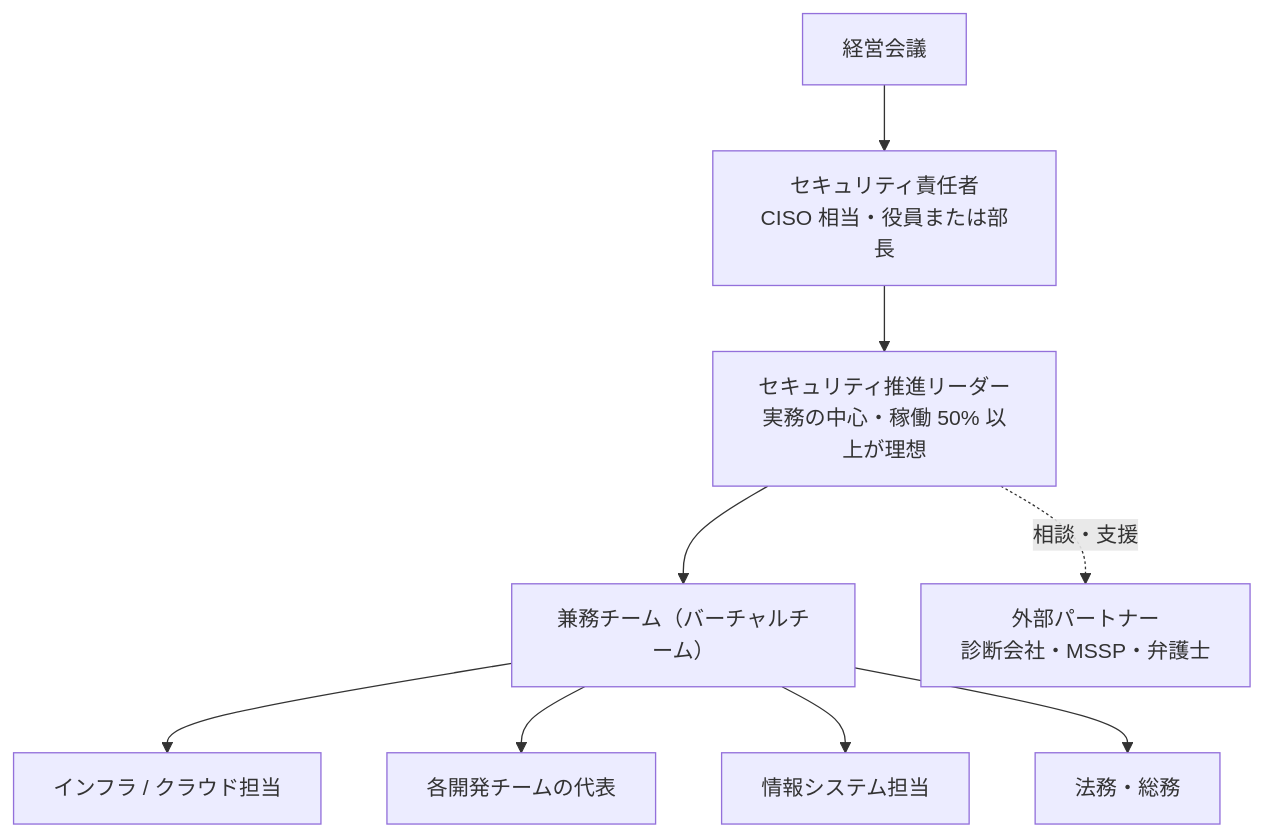
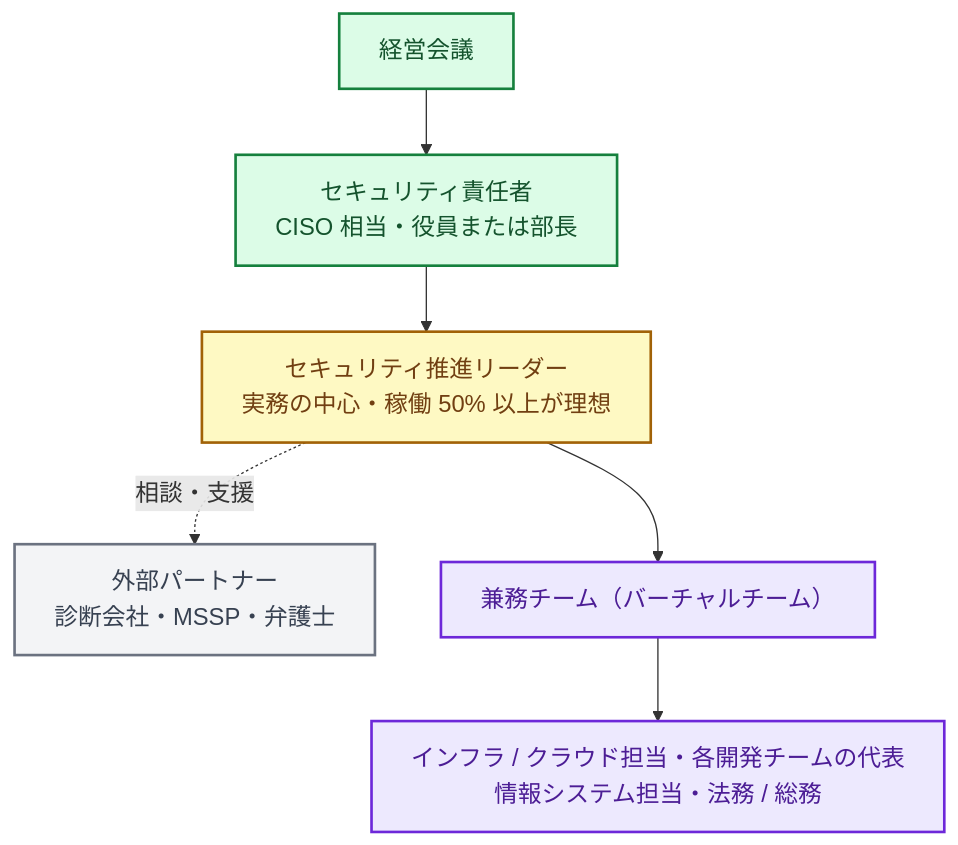
The diagram in books/security-roadmap-ja/12-organization.md (rkawajiri/zenn-content), drawn with Mermaid before and after one commit. The commit also changed 9 other files, not shown here.

First line of the commit message:
redraw diagrams vertically with larger text and a consistent color palette; split tool-map and final-state diagrams

````diff
--- a/books/security-roadmap-ja/12-organization.md
+++ b/books/security-roadmap-ja/12-organization.md
@@ -22,11 +22,16 @@
 ```mermaid
+%%{init: {"themeVariables": {"fontSize": "18px"}, "flowchart": {"wrappingWidth": 400}}}%%
 flowchart TB
-  CEO[経営会議] --> CISO[セキュリティ責任者<br>CISO 相当・役員または部長]
-  CISO --> Lead[セキュリティ推進リーダー<br>実務の中心・稼働 50% 以上が理想]
-  Lead --> V[兼務チーム（バーチャルチーム）]
-  V --> Infra[インフラ / クラウド担当]
-  V --> Dev[各開発チームの代表]
-  V --> IT[情報システム担当]
-  V --> Legal[法務・総務]
-  Lead -.相談・支援.-> Ext[外部パートナー<br>診断会社・MSSP・弁護士]
+  CEO["経営会議"]:::gov
+  CISO["セキュリティ責任者<br>CISO 相当・役員または部長"]:::gov
+  Lead["セキュリティ推進リーダー<br>実務の中心・稼働 50% 以上が理想"]:::q
+  Ext["外部パートナー<br>診断会社・MSSP・弁護士"]:::gray
+  V["兼務チーム（バーチャルチーム）"]:::ops
+  M["インフラ / クラウド担当・各開発チームの代表<br>情報システム担当・法務 / 総務"]:::ops
+  CEO --> CISO --> Lead --> V --> M
+  Lead -.相談・支援.-> Ext
+  classDef gov fill:#dcfce7,stroke:#15803d,color:#14532d,stroke-width:2px
+  classDef q fill:#fef9c3,stroke:#a16207,color:#713f12,stroke-width:2px
+  classDef gray fill:#f3f4f6,stroke:#6b7280,color:#374151,stroke-width:2px
+  classDef ops fill:#ede9fe,stroke:#6d28d9,color:#4c1d95,stroke-width:2px
 ```
````
